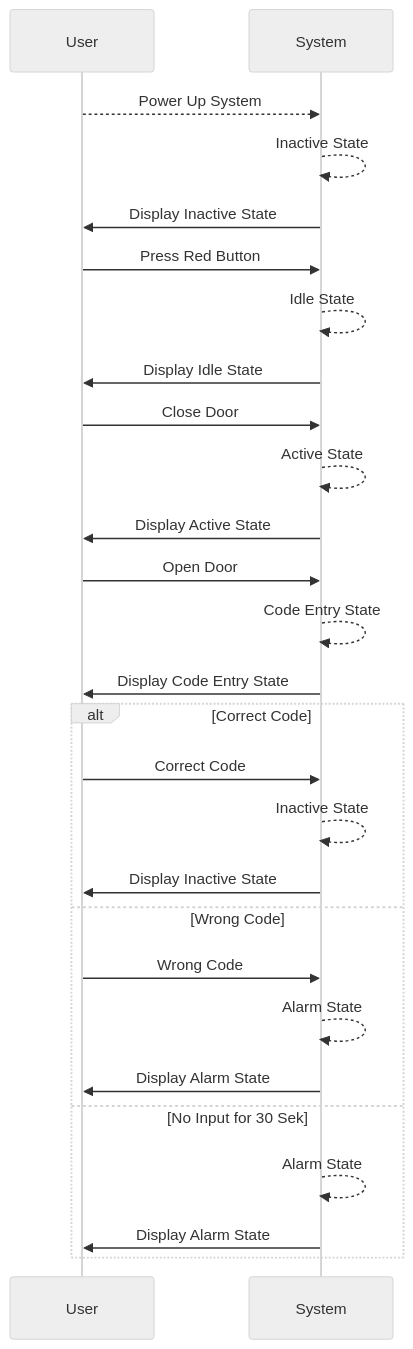
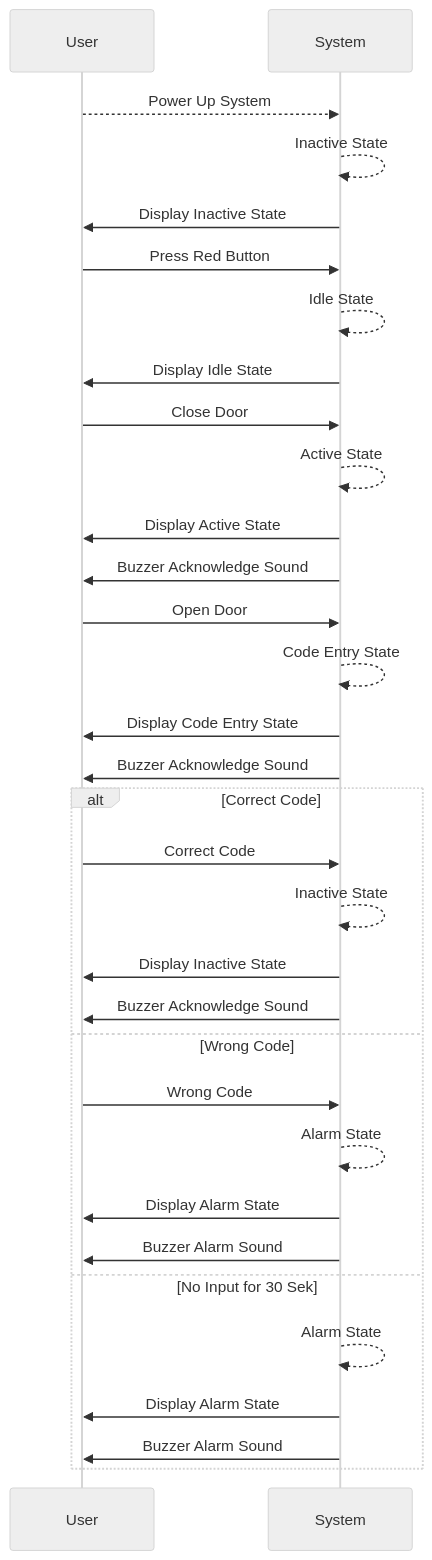
The first of 2 diagrams in docs/sequenceDiagram.md (bbz-hft-software-engineering/AlarmSystem_JNI), drawn with Mermaid (neutral theme) before and after one commit. The commit also changed other lines of this file, not shown here.

````diff
--- a/docs/sequenceDiagram.md
+++ b/docs/sequenceDiagram.md
@@ -1,28 +3,33 @@
 ```mermaid
 sequenceDiagram
     User-->>System: Power Up System
     System-->>System: Inactive State
     System->>User: Display Inactive State
     User->>System: Press Red Button
     System-->>System: Idle State
     System->>User: Display Idle State
     User->>System: Close Door
     System-->>System: Active State
     System->>User: Display Active State
+    System->>User: Buzzer Acknowledge Sound
     User->>System: Open Door
     System-->>System: Code Entry State
     System->>User: Display Code Entry State
+    System->>User: Buzzer Acknowledge Sound
     alt Correct Code
         User->>System: Correct Code
         System-->>System: Inactive State
         System->>User: Display Inactive State
+        System->>User: Buzzer Acknowledge Sound
     else Wrong Code
         User->>System: Wrong Code
         System-->>System: Alarm State
         System->>User: Display Alarm State
+        System->>User: Buzzer Alarm Sound
     else No Input for 30 Sek
         System-->>System: Alarm State
         System->>User: Display Alarm State
+        System->>User: Buzzer Alarm Sound
     end
 
 ```
````
